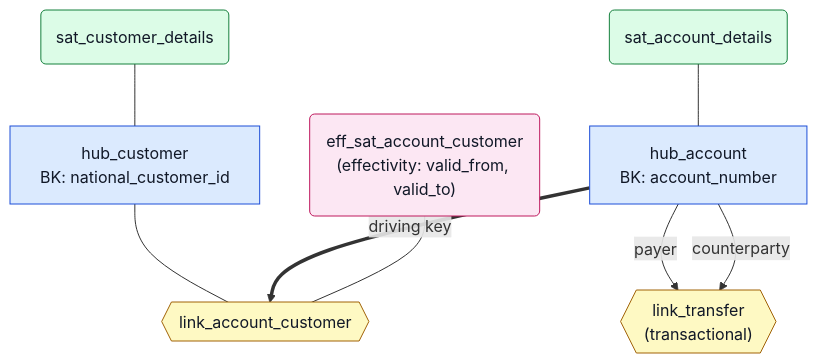
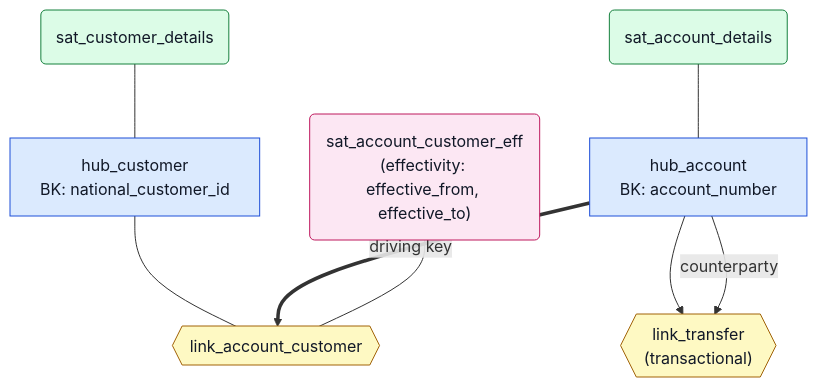
Before and after one commit to mischa76/vault-agent: the first of 2 diagrams in docs/operations/02-concepts.md, drawn with Mermaid. The commit also changed other lines of this file and 4 other files, not shown here.

First line of the commit message:
docs(operations): align chapter 2 diagram with the bank demo, fix ADR filename, add jq

````diff
--- a/docs/operations/02-concepts.md
+++ b/docs/operations/02-concepts.md
@@ -29,23 +29,23 @@
 ```mermaid
 flowchart TB
     classDef hub fill:#dbeafe,stroke:#1d4ed8,color:#111827
     classDef link fill:#fef9c3,stroke:#a16207,color:#111827
     classDef sat fill:#dcfce7,stroke:#15803d,color:#111827
     classDef eff fill:#fce7f3,stroke:#be185d,color:#111827
 
     HC["hub_customer<br/>BK: national_customer_id"]:::hub
     HA["hub_account<br/>BK: account_number"]:::hub
     LAC{{"link_account_customer"}}:::link
     LT{{"link_transfer<br/>(transactional)"}}:::link
     SC("sat_customer_details"):::sat
     SA("sat_account_details"):::sat
-    ES("eff_sat_account_customer<br/>(effectivity: valid_from, valid_to)"):::eff
+    ES("sat_account_customer_eff<br/>(effectivity: effective_from, effective_to)"):::eff
 
     HC --- LAC
     HA =="driving key"==> LAC
-    HA --"payer"--> LT
+    HA --> LT
     HA --"counterparty"--> LT
     SC --- HC
     SA --- HA
     ES --- LAC
 ```
````
